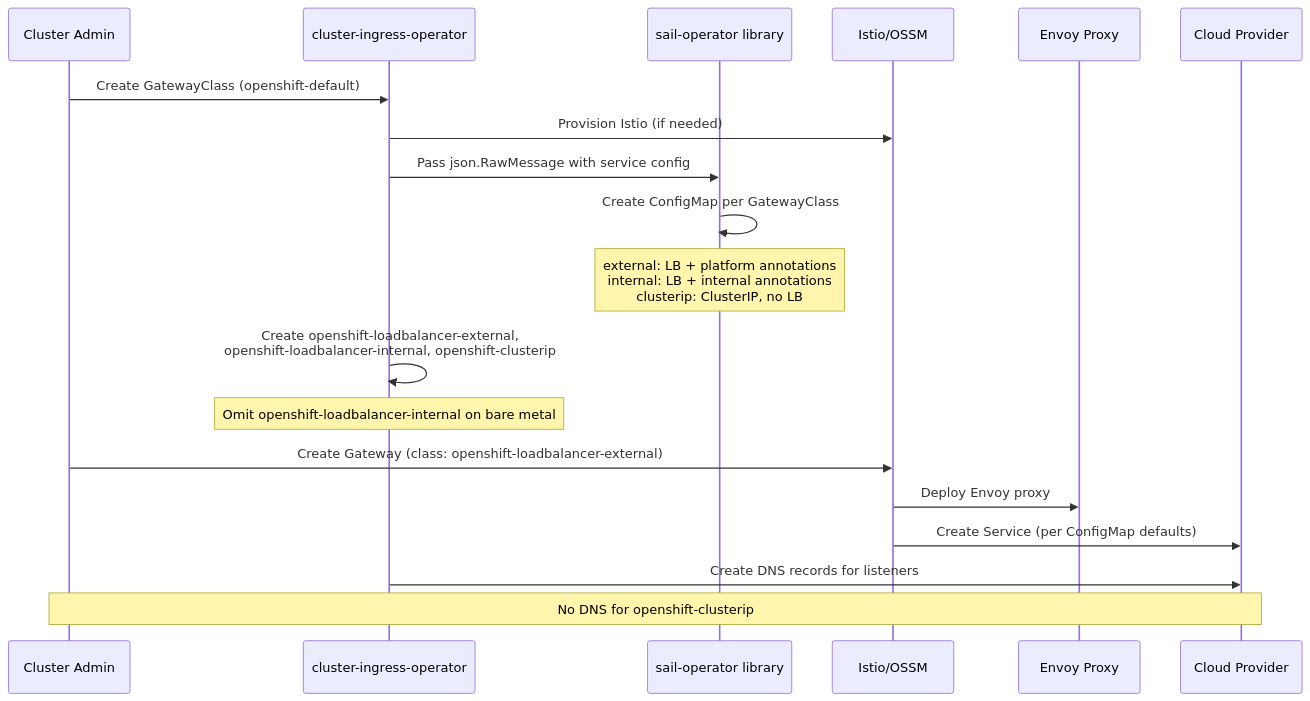
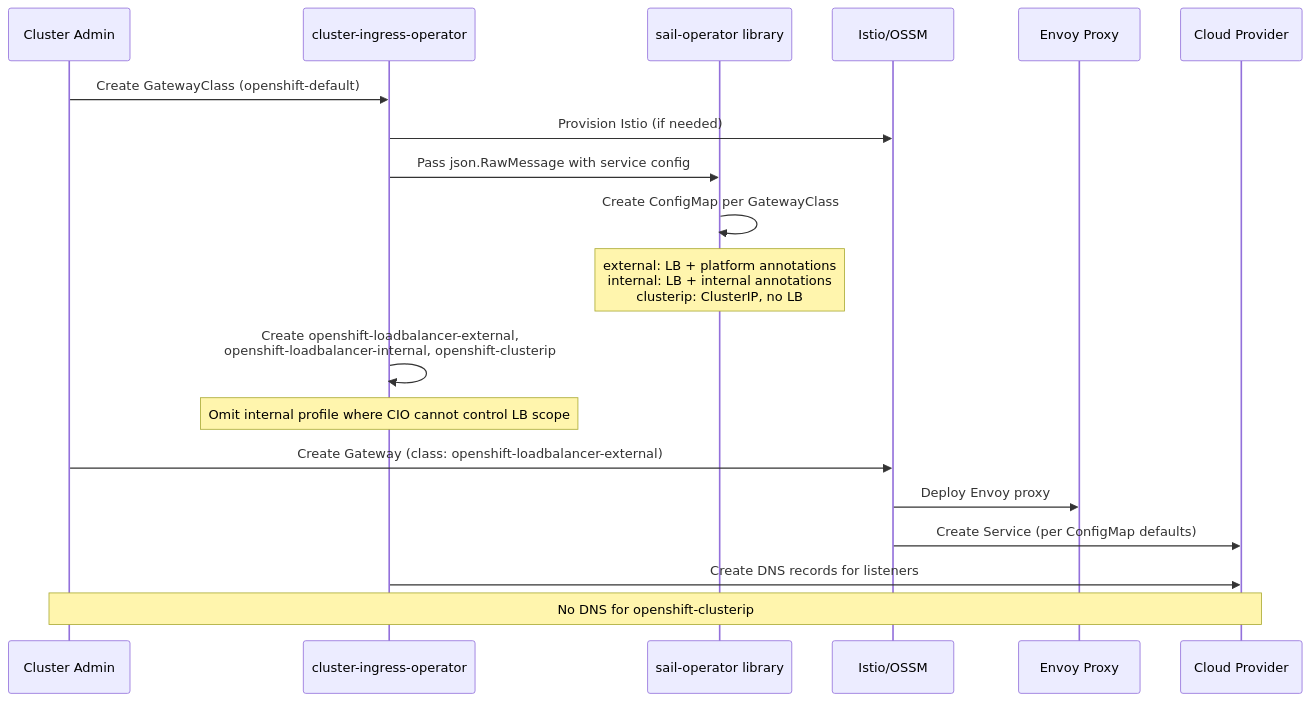
Before and after one commit to openshift/enhancements: the diagram in enhancements/ingress/gateway-api-gatewayclass-service-profiles.md, drawn with Mermaid. The commit also changed other lines of this file, not shown here.

First line of the commit message:
NE-2698: Clarify GatewayClass profile lifecycle

````diff
--- a/enhancements/ingress/gateway-api-gatewayclass-service-profiles.md
+++ b/enhancements/ingress/gateway-api-gatewayclass-service-profiles.md
@@ -266,24 +274,24 @@
 ```mermaid
 sequenceDiagram
     participant Admin as Cluster Admin
     participant CIO as cluster-ingress-operator
     participant Sail as sail-operator library
     participant Istio as Istio/OSSM
     participant Envoy as Envoy Proxy
     participant Cloud as Cloud Provider
 
     Admin->>CIO: Create GatewayClass (openshift-default)
     CIO->>Istio: Provision Istio (if needed)
     CIO->>Sail: Pass json.RawMessage with service config
     Sail->>Sail: Create ConfigMap per GatewayClass
     Note over Sail: external: LB + platform annotations<br/>internal: LB + internal annotations<br/>clusterip: ClusterIP, no LB
     CIO->>CIO: Create openshift-loadbalancer-external,<br/>openshift-loadbalancer-internal, openshift-clusterip
-    Note over CIO: Omit openshift-loadbalancer-internal on bare metal
+    Note over CIO: Omit internal profile where CIO cannot control LB scope
 
     Admin->>Istio: Create Gateway (class: openshift-loadbalancer-external)
     Istio->>Envoy: Deploy Envoy proxy
     Istio->>Cloud: Create Service (per ConfigMap defaults)
     CIO->>Cloud: Create DNS records for listeners
 
     Note over Admin,Cloud: No DNS for openshift-clusterip
 ```
````
